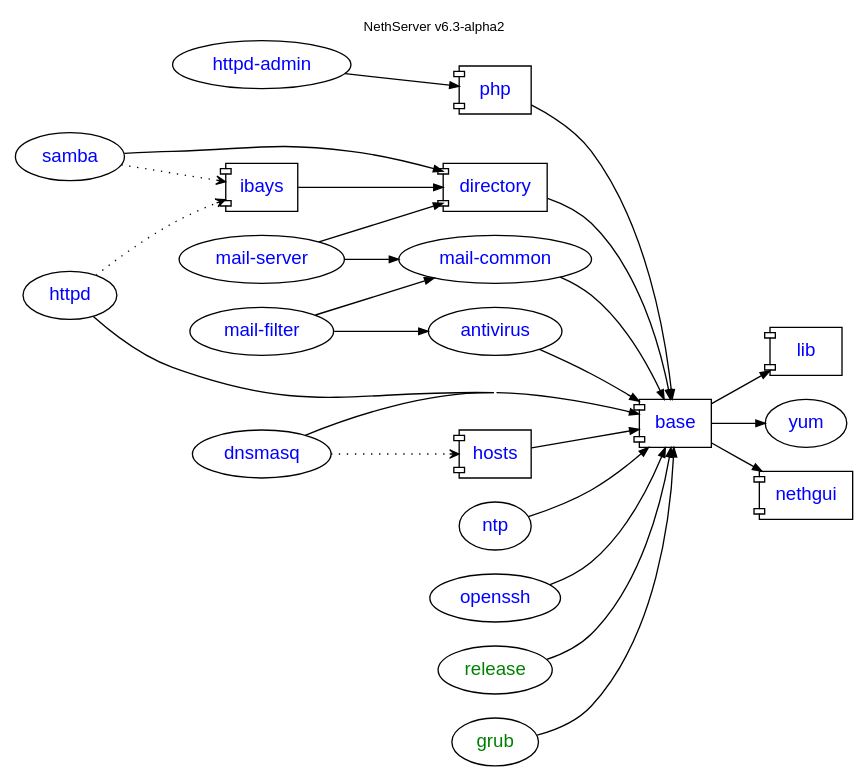
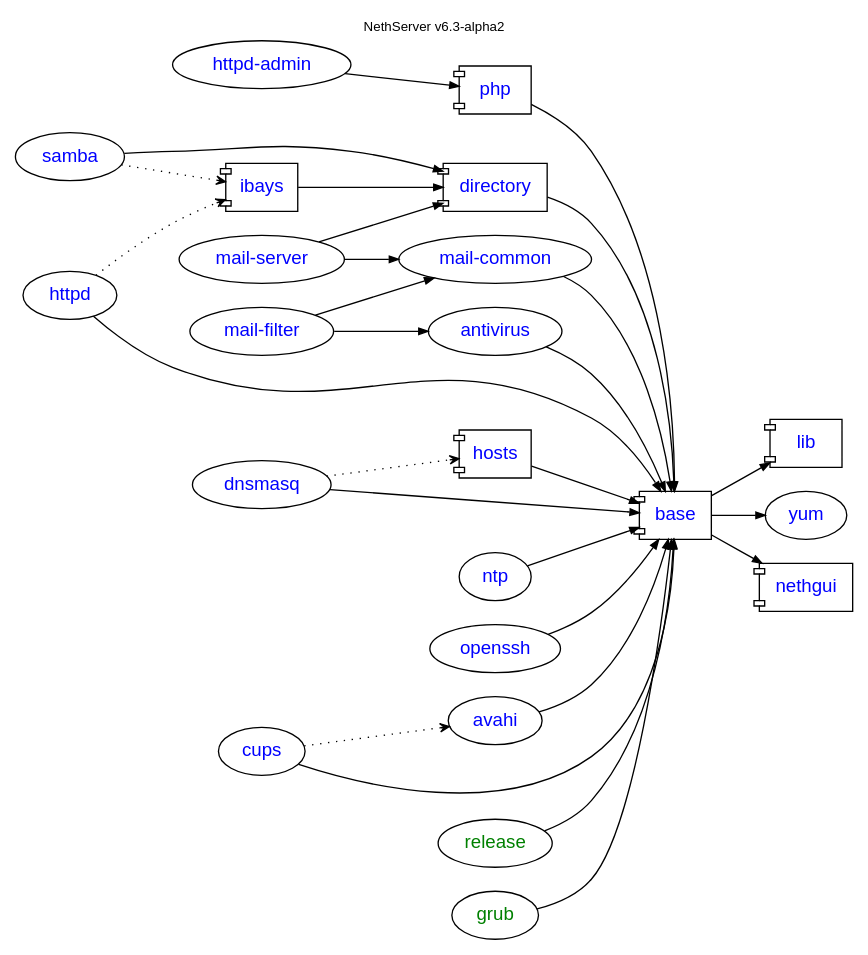
One commit to nethesis/dev-nethesis-it changed the diagram in nethserver/package-dependencies.dot. Above: the diagram before and after it, drawn with Graphviz.

Commit message:
package-dependencies.dot: add cups and avahi packages

```diff
--- a/nethserver/package-dependencies.dot
+++ b/nethserver/package-dependencies.dot
@@ -1,54 +1,59 @@
 digraph "v6.3-alpha2" {
     rankdir = "LR"; compound = true; concentrate = true; fontname = "Helvetica"; fontnames="svg"; fontsize=10.0; label="NethServer v6.3-alpha2"; labelloc = "t"
 
     node [shape="oval",fontname="Helvetica"];
     edge [arrowsize=0.7];
 
     httpd_admin [fontcolor=blue,label="httpd-admin",URL="http://dev.nethesis.it/projects/nethserver-httpd-admin"];
     base [fontcolor=blue,URL="http://dev.nethesis.it/projects/nethserver-base",shape="component"];
     directory [fontcolor=blue,URL="http://dev.nethesis.it/projects/nethserver-directory",shape="component"];    
     samba [fontcolor=blue,URL="http://dev.nethesis.it/projects/nethserver-samba"];    
     ibays [fontcolor=blue,URL="http://dev.nethesis.it/projects/nethserver-ibays",shape="component"];    
     lib [fontcolor=blue,URL="http://dev.nethesis.it/projects/nethserver-lib",shape="component"];    
     httpd [fontcolor=blue,URL="http://dev.nethesis.it/projects/nethserver-httpd"];    
     hosts [fontcolor=blue,URL="http://dev.nethesis.it/projects/nethserver-hosts",shape="component"];
     php [fontcolor=blue,URL="http://dev.nethesis.it/projects/nethserver-php",shape="component"];
     yum [fontcolor=blue,URL="http://dev.nethesis.it/projects/nethserver-yum"];
     ntp [fontcolor=blue,URL="http://dev.nethesis.it/projects/nethserver-ntp"];
     dnsmasq [fontcolor=blue,URL="http://dev.nethesis.it/projects/nethserver-dnsmasq"];
     mails [label="mail-server",fontcolor=blue,URL="http://dev.nethesis.it/projects/nethserver-mail-server"];
     mailf [label="mail-filter",fontcolor=blue,URL="http://dev.nethesis.it/projects/nethserver-mail-filter"];
     mailc [label="mail-common",fontcolor=blue,URL="http://dev.nethesis.it/projects/nethserver-mail-common"];
     nethgui [fontcolor=blue,URL="http://dev.nethesis.it/projects/nethgui",shape="component"];    
     openssh [fontcolor=blue,URL="http://dev.nethesis.it/projects/nethserver-openssh"];
     antivirus [fontcolor=blue,URL="http://dev.nethesis.it/projects/nethserver-antivirus"];
+    cups [fontcolor=blue,URL="http://dev.nethesis.it/projects/nethserver-cups"];
+    avahi [fontcolor=blue,URL="http://dev.nethesis.it/projects/nethserver-avahi"];
 
     release [fontcolor=green,URL="https://dev.nethesis.it/projects/nethserver-base/repository/nethserver-release"];
     grub [fontcolor=green,URL="https://dev.nethesis.it/projects/nethserver-base/repository/nethserver-grub"];
                    
     base -> lib
     base -> nethgui
     openssh -> base
     directory -> base
     samba -> directory
     ibays -> directory
     httpd -> base
     httpd -> ibays [style=dotted,arrowhead=vee];
     dnsmasq -> hosts [style=dotted,arrowhead=vee];
     dnsmasq -> base
     hosts -> base
     httpd_admin -> php
     samba -> ibays [style=dotted,arrowhead=vee];
     base -> yum
     ntp -> base
     php -> base
     mails -> directory
     mails -> mailc
     mailf -> mailc
     mailf -> antivirus
     mailc -> base
     antivirus -> base
     release -> base
     grub -> base
+    cups -> base
+    avahi -> base
+    cups -> avahi [style=dotted,arrowhead=vee];
 
 }
```
